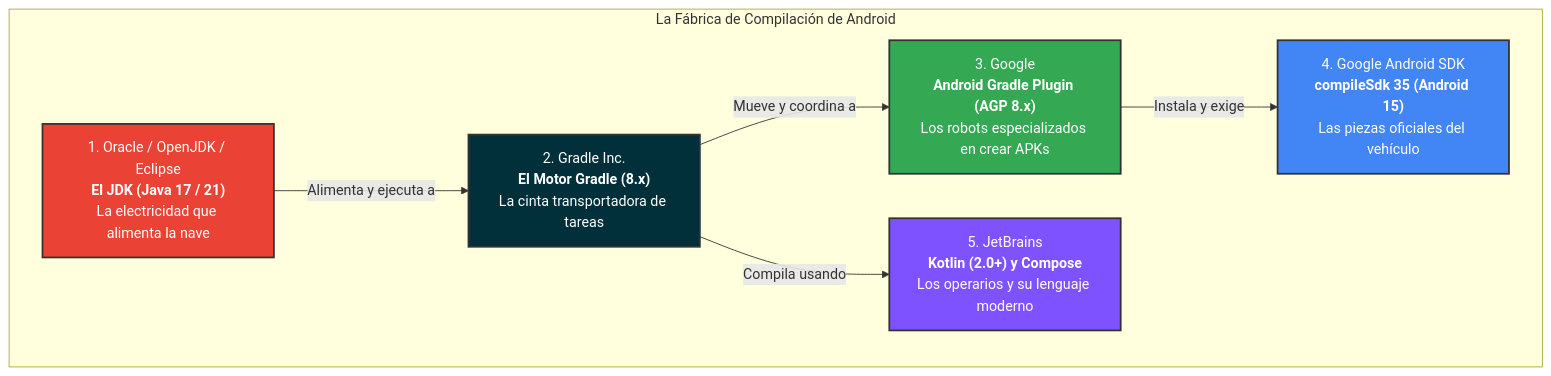
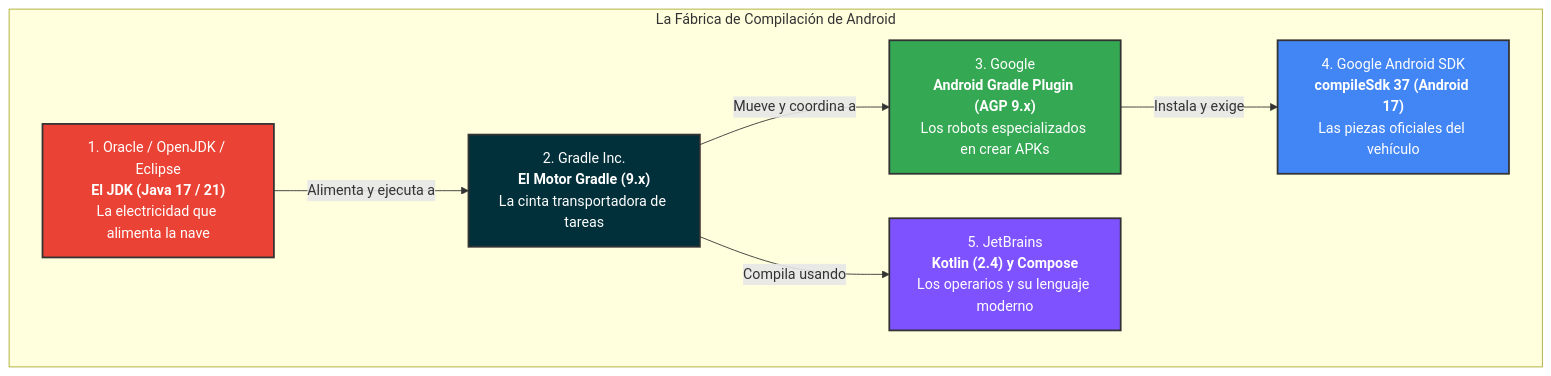
The first of 2 diagrams in docs/temas/00-android/00-tools/04-matriz-compatibilidad.md (jssdocente/pmdm2627d), drawn with Mermaid before and after one commit. The commit also changed other lines of this file and 4 other files, not shown here.

First line of the commit message:
docs(entorno): alinea las guías con los proyectos del módulo

````diff
--- a/docs/temas/00-android/00-tools/04-matriz-compatibilidad.md
+++ b/docs/temas/00-android/00-tools/04-matriz-compatibilidad.md
@@ -27,21 +27,21 @@
 ```mermaid
 graph TD
     subgraph Ecosistema[La Fábrica de Compilación de Android]
         A["1. Oracle / OpenJDK / Eclipse<br><b>El JDK (Java 17 / 21)</b><br>La electricidad que alimenta la nave"] 
-        B["2. Gradle Inc.<br><b>El Motor Gradle (8.x)</b><br>La cinta transportadora de tareas"]
-        C["3. Google<br><b>Android Gradle Plugin (AGP 8.x)</b><br>Los robots especializados en crear APKs"]
-        D["4. Google Android SDK<br><b>compileSdk 35 (Android 15)</b><br>Las piezas oficiales del vehículo"]
-        E["5. JetBrains<br><b>Kotlin (2.0+) y Compose</b><br>Los operarios y su lenguaje moderno"]
+        B["2. Gradle Inc.<br><b>El Motor Gradle (9.x)</b><br>La cinta transportadora de tareas"]
+        C["3. Google<br><b>Android Gradle Plugin (AGP 9.x)</b><br>Los robots especializados en crear APKs"]
+        D["4. Google Android SDK<br><b>compileSdk 37 (Android 17)</b><br>Las piezas oficiales del vehículo"]
+        E["5. JetBrains<br><b>Kotlin (2.4) y Compose</b><br>Los operarios y su lenguaje moderno"]
     end
 
     A -->|Alimenta y ejecuta a| B
     B -->|Mueve y coordina a| C
     C -->|Instala y exige| D
     B -->|Compila usando| E
 
     style A fill:#ea4335,stroke:#333,stroke-width:2px,color:#fff
     style B fill:#02303a,stroke:#333,stroke-width:2px,color:#fff
     style C fill:#34a853,stroke:#333,stroke-width:2px,color:#fff
     style D fill:#4285f4,stroke:#333,stroke-width:2px,color:#fff
     style E fill:#7f52ff,stroke:#333,stroke-width:2px,color:#fff
 ```
````
